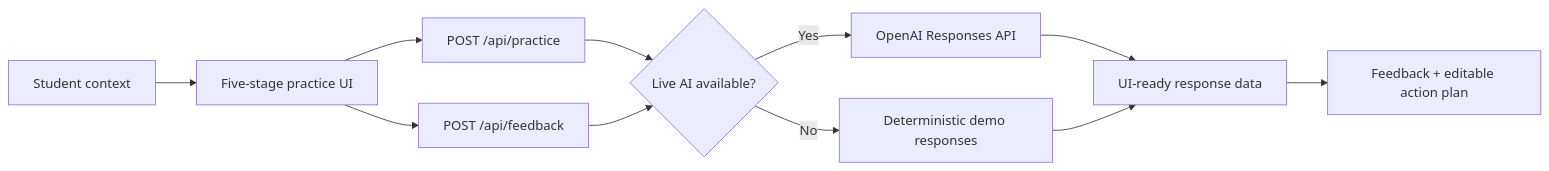
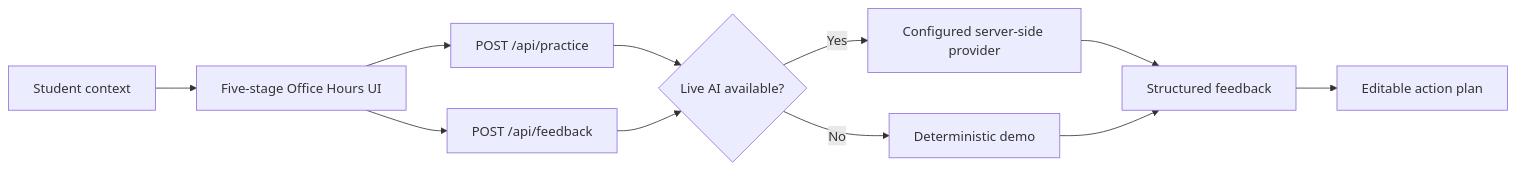
Before and after one commit to zhoulinhua0-star/campus-decoder: the diagram in README.md, drawn with Mermaid. The commit also changed other lines of this file and 1 other file, not shown here.

````diff
--- a/README.md
+++ b/README.md
@@ -97,13 +79,13 @@
 ```mermaid
 flowchart LR
-    A["Student context"] --> B["Five-stage practice UI"]
+    A["Student context"] --> B["Five-stage Office Hours UI"]
     B --> C["POST /api/practice"]
     B --> D["POST /api/feedback"]
     C --> E{"Live AI available?"}
     D --> E
-    E -- "Yes" --> F["OpenAI Responses API"]
-    E -- "No" --> G["Deterministic demo responses"]
-    F --> H["UI-ready response data"]
+    E -- "Yes" --> F["Configured server-side provider"]
+    E -- "No" --> G["Deterministic demo"]
+    F --> H["Structured feedback"]
     G --> H
-    H --> I["Feedback + editable action plan"]
+    H --> I["Editable action plan"]
 ```
````
